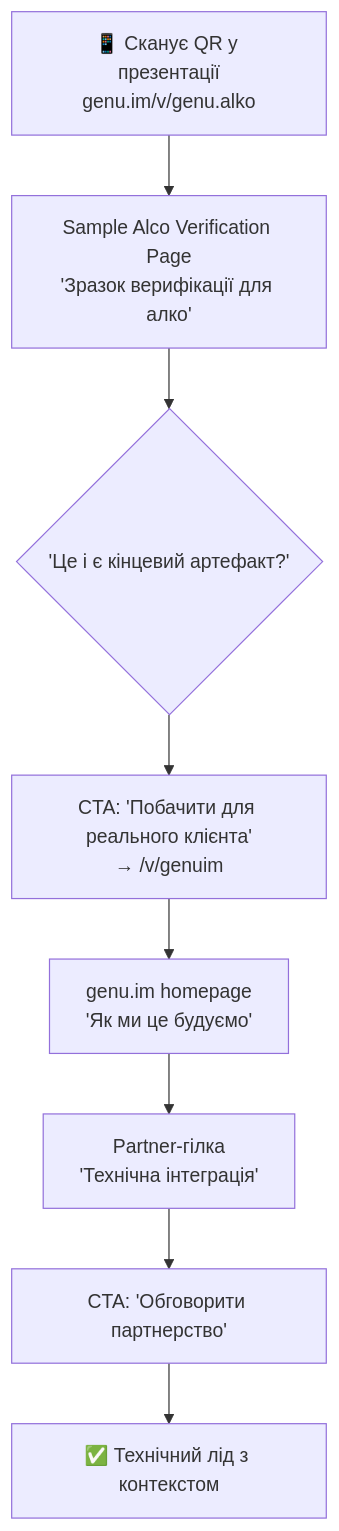
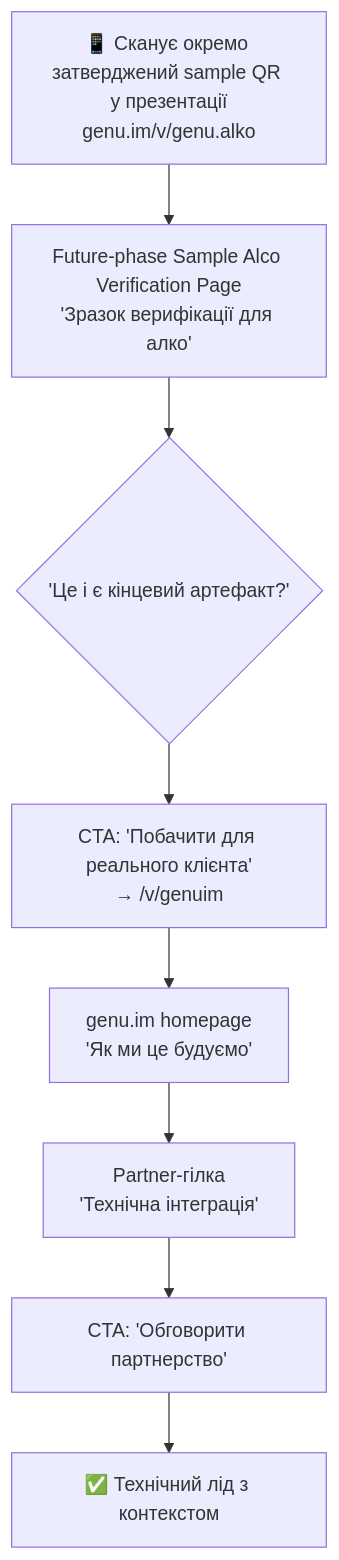
One commit to masteroleg/gm changed the fourth of 6 diagrams in _bmad-output/planning-artifacts/ux-design-specification.md. Above: the diagram before and after it, drawn with Mermaid. The commit also changed other lines of this file and 12 other files, not shown here.

````diff
--- a/_bmad-output/planning-artifacts/ux-design-specification.md
+++ b/_bmad-output/planning-artifacts/ux-design-specification.md
@@ -469,10 +469,10 @@
 ```mermaid
 flowchart TD
-    A[📱 Сканує QR у презентації\ngenu.im/v/genu.alko] --> B[Sample Alco Verification Page\n'Зразок верифікації для алко']
+    A[📱 Сканує окремо затверджений sample QR у презентації\ngenu.im/v/genu.alko] --> B[Future-phase Sample Alco Verification Page\n'Зразок верифікації для алко']
     B --> C{'Це і є кінцевий артефакт?'}
     C --> D[CTA: 'Побачити для реального клієнта'\n→ /v/genuim]
     D --> E[genu.im homepage\n'Як ми це будуємо']
     E --> F[Partner-гілка\n'Технічна інтеграція']
     F --> G[CTA: 'Обговорити партнерство']
     G --> H[✅ Технічний лід з контекстом]
 ```
````
